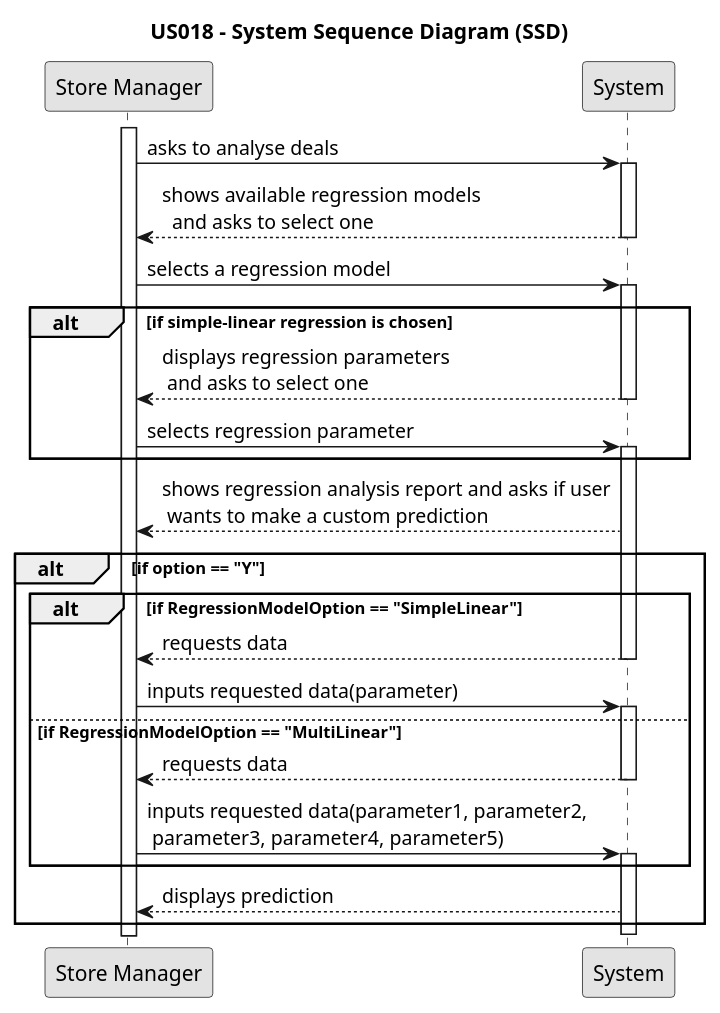
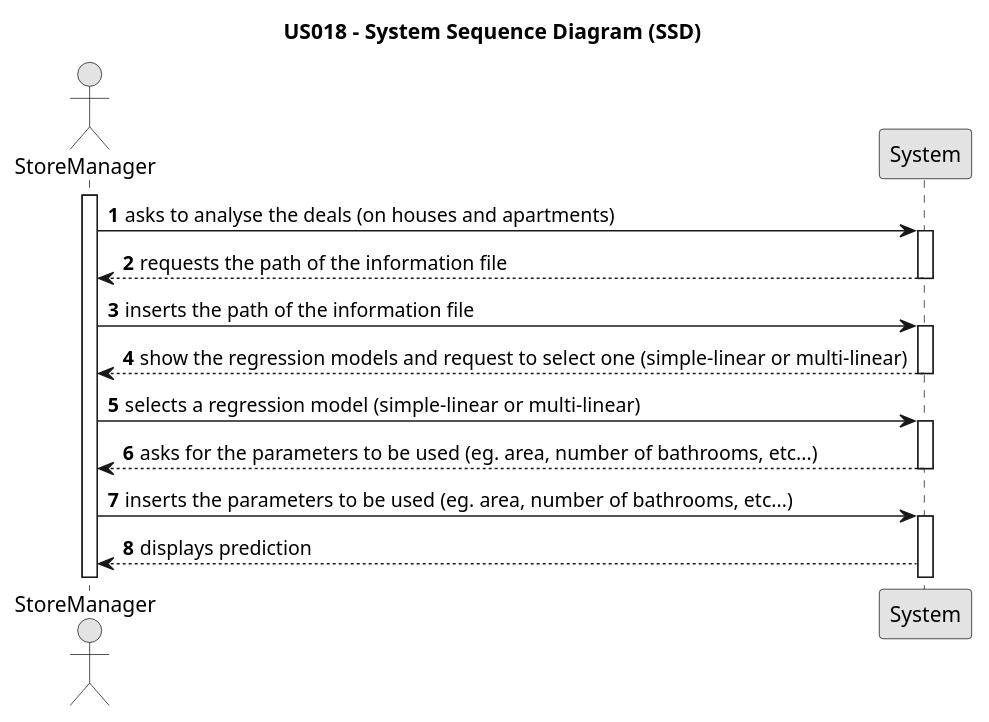
The diagram in docs/sprintD/us018/01.requireents-engineering/puml/us018-system-sequence-diagram.puml (1220812/LAPR2), drawn with PlantUML before and after one commit. The commit also changed 9 other files, not shown here.

```diff
--- a/docs/sprintD/us018/01.requireents-engineering/puml/us018-system-sequence-diagram.puml
+++ b/docs/sprintD/us018/01.requireents-engineering/puml/us018-system-sequence-diagram.puml
@@ -1,47 +1,37 @@
 @startuml
 skinparam monochrome true
 skinparam packageStyle rectangle
 skinparam shadowing false
 
 title US018 - System Sequence Diagram (SSD)
 
+autonumber
 
-participant "Store Manager" as actor
-participant "System" as System
+actor StoreManager
+participant System
 
-activate actor
+activate StoreManager
 
-actor -> System : asks to analyse deals
-activate System
-System --> actor : shows available regression models \n  and asks to select one
-deactivate System
-actor -> System : selects a regression model
-activate System
+    StoreManager -> System: asks to analyse the deals (on houses and apartments)
+    activate System
 
-alt if simple-linear regression is chosen
-System --> actor : displays regression parameters \n and asks to select one
-deactivate System
-actor -> System : selects regression parameter
-activate System
-end
+        StoreManager <-- System: requests the path of the information file
+    deactivate System
 
-System --> actor : shows regression analysis report and asks if user\n wants to make a custom prediction
-alt if option == "Y"
-    alt if RegressionModelOption == "SimpleLinear"
-    System --> actor : requests data
-            deactivate System
-            actor -> System : inputs requested data(parameter)
-            activate System
+    StoreManager -> System: inserts the path of the information file
+    activate System
 
-    else if RegressionModelOption == "MultiLinear"
-             System --> actor : requests data
-                     deactivate System
-                     actor -> System : inputs requested data(parameter1, parameter2,\n parameter3, parameter4, parameter5)
-                     activate System
-    end
-                System --> actor : displays prediction
+        StoreManager <-- System: show the regression models and request to select one (simple-linear or multi-linear)
+    deactivate System
 
-end
-deactivate System
+    StoreManager -> System: selects a regression model (simple-linear or multi-linear)
+    activate System
 
+        StoreManager <-- System: asks for the parameters to be used (eg. area, number of bathrooms, etc...)
+    deactivate System
+
+        StoreManager -> System: inserts the parameters to be used (eg. area, number of bathrooms, etc...)
+        activate System
+
+            StoreManager <-- System: displays prediction
 @enduml
```
